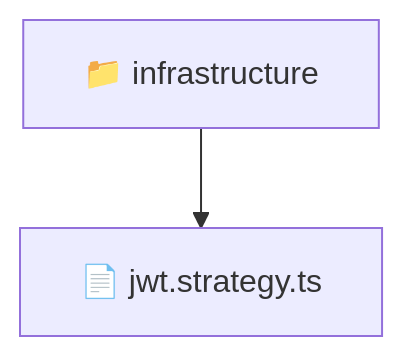
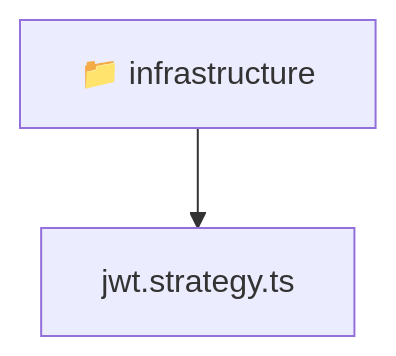
One commit to beginwebdev2002/fullstack-mavluda changed the diagram in backend/src/modules/auth/infrastructure/README.md. Above: the diagram before and after it, drawn with Mermaid. The commit also changed other lines of this file and 167 other files, not shown here.

````diff
--- a/backend/src/modules/auth/infrastructure/README.md
+++ b/backend/src/modules/auth/infrastructure/README.md
@@ -9,5 +9,6 @@
 ```mermaid
 graph TD
-  Root["📁 infrastructure"]
-  Root --> jwt_strategy_ts["📄 jwt.strategy.ts"]
+  Root_infrastructure["📁 infrastructure"]
+  f_jwt_strategy_ts["jwt.strategy.ts"]
+  Root_infrastructure --> f_jwt_strategy_ts
 ```
````
